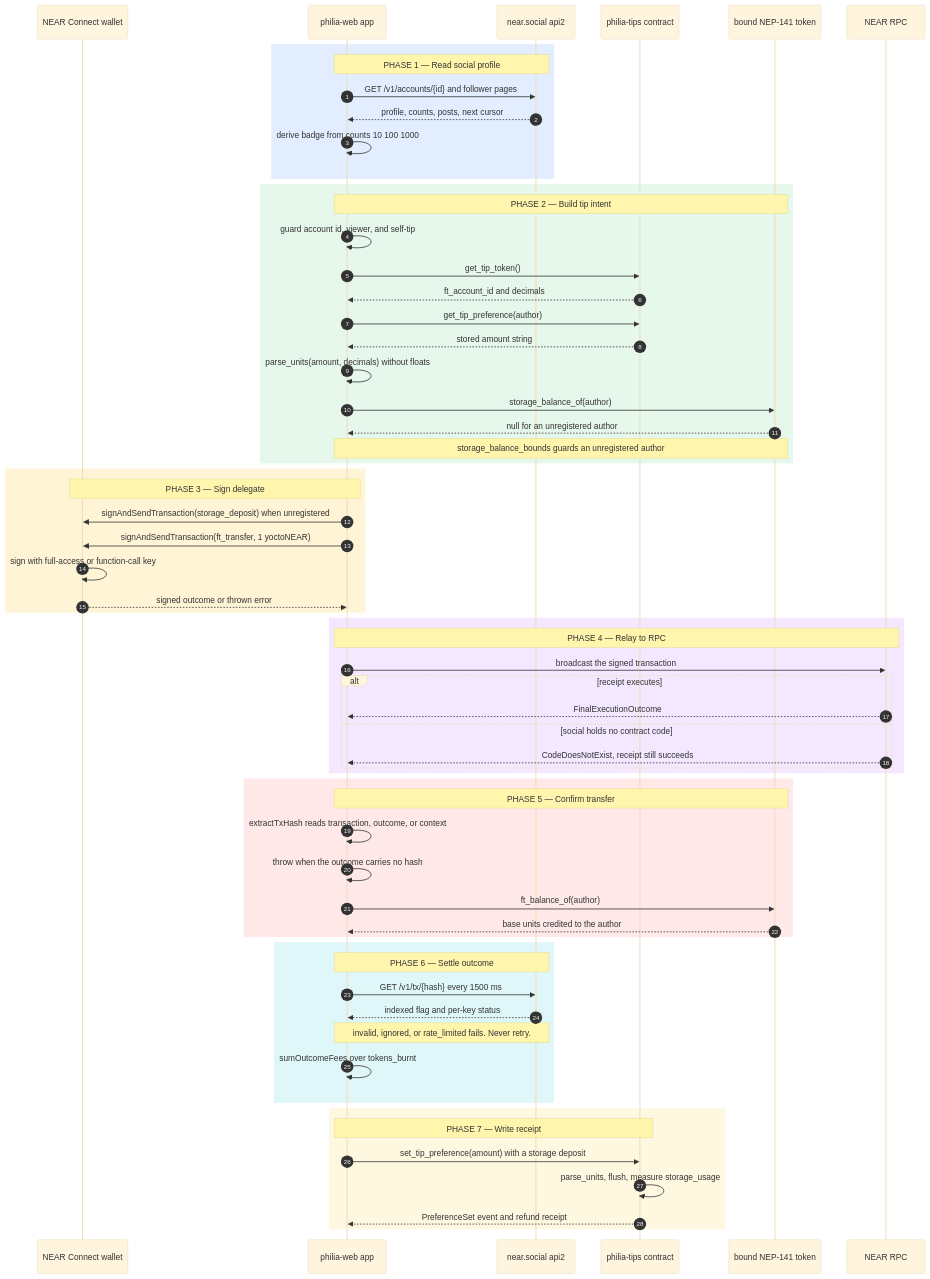
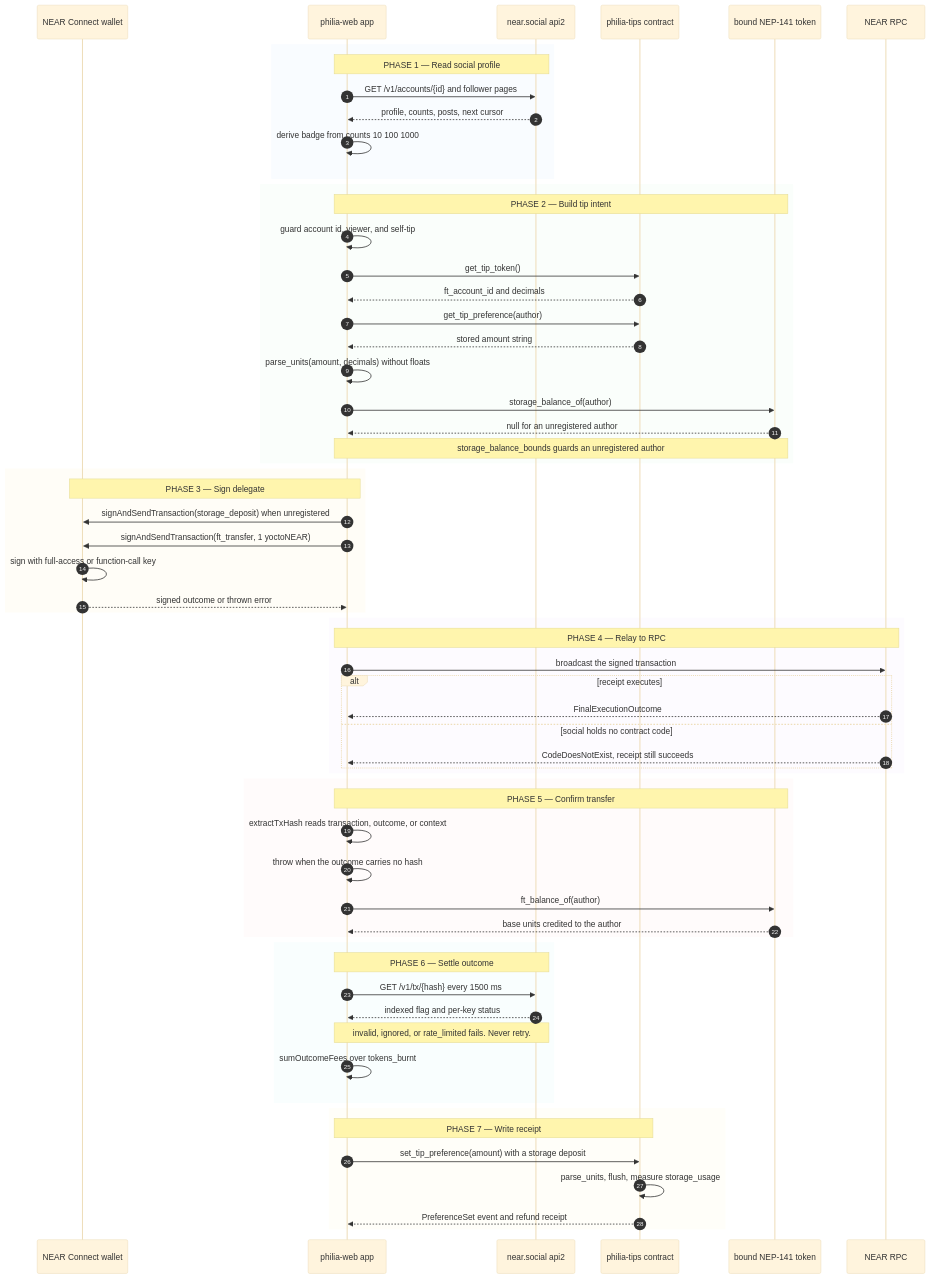
One commit to p3dr0-coder/social-tipping-one-transaction changed the diagram in README.md. Above: the diagram before and after it, drawn with Mermaid.

Commit message:
docs(philia): make diagram theme-safe and accessible

````diff
--- a/README.md
+++ b/README.md
@@ -4,65 +4,67 @@
 ```mermaid
 %%{init: {"theme":"base","themeVariables":{"fontSize":"14px"}}}%%
 sequenceDiagram
+    accTitle: philia runtime flow
+    accDescr: Wallet signs a tip transaction, the app confirms it, and the contract stores the preference.
     autonumber
     participant U as NEAR Connect wallet
     participant W as philia-web app
     participant S as near.social api2
     participant P as philia-tips contract
     participant F as bound NEP-141 token
     participant R as NEAR RPC
-    rect rgb(226,238,255)
+    rect rgba(226,238,255,0.20)
     Note over W,S: PHASE 1 — Read social profile
     W->>S: GET /v1/accounts/{id} and follower pages
     S-->>W: profile, counts, posts, next cursor
     W->>W: derive badge from counts 10 100 1000
     end
-    rect rgb(230,247,235)
+    rect rgba(230,247,235,0.20)
     Note over W,F: PHASE 2 — Build tip intent
     W->>W: guard account id, viewer, and self-tip
     W->>P: get_tip_token()
     P-->>W: ft_account_id and decimals
     W->>P: get_tip_preference(author)
     P-->>W: stored amount string
     W->>W: parse_units(amount, decimals) without floats
     W->>F: storage_balance_of(author)
     F-->>W: null for an unregistered author
     Note over W,F: storage_balance_bounds guards an unregistered author
     end
-    rect rgb(255,244,214)
+    rect rgba(255,244,214,0.20)
     Note over U,W: PHASE 3 — Sign delegate
     W->>U: signAndSendTransaction(storage_deposit) when unregistered
     W->>U: signAndSendTransaction(ft_transfer, 1 yoctoNEAR)
     U->>U: sign with full-access or function-call key
     U-->>W: signed outcome or thrown error
     end
-    rect rgb(243,232,255)
+    rect rgba(243,232,255,0.20)
     Note over R,W: PHASE 4 — Relay to RPC
     W->>R: broadcast the signed transaction
     alt receipt executes
     R-->>W: FinalExecutionOutcome
     else social holds no contract code
     R-->>W: CodeDoesNotExist, receipt still succeeds
     end
     end
-    rect rgb(255,232,232)
+    rect rgba(255,232,232,0.20)
     Note over W,F: PHASE 5 — Confirm transfer
     W->>W: extractTxHash reads transaction, outcome, or context
     W->>W: throw when the outcome carries no hash
     W->>F: ft_balance_of(author)
     F-->>W: base units credited to the author
     end
-    rect rgb(224,247,250)
+    rect rgba(224,247,250,0.20)
     Note over W,S: PHASE 6 — Settle outcome
     W->>S: GET /v1/tx/{hash} every 1500 ms
     S-->>W: indexed flag and per-key status
     Note over W,S: invalid, ignored, or rate_limited fails. Never retry.
     W->>W: sumOutcomeFees over tokens_burnt
     end
-    rect rgb(255,248,225)
+    rect rgba(255,248,225,0.20)
     Note over P,W: PHASE 7 — Write receipt
     W->>P: set_tip_preference(amount) with a storage deposit
     P->>P: parse_units, flush, measure storage_usage
     P-->>W: PreferenceSet event and refund receipt
     end
 ```
````
